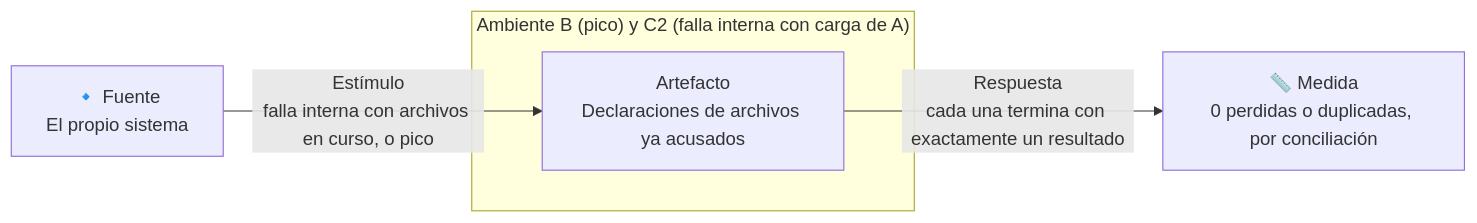
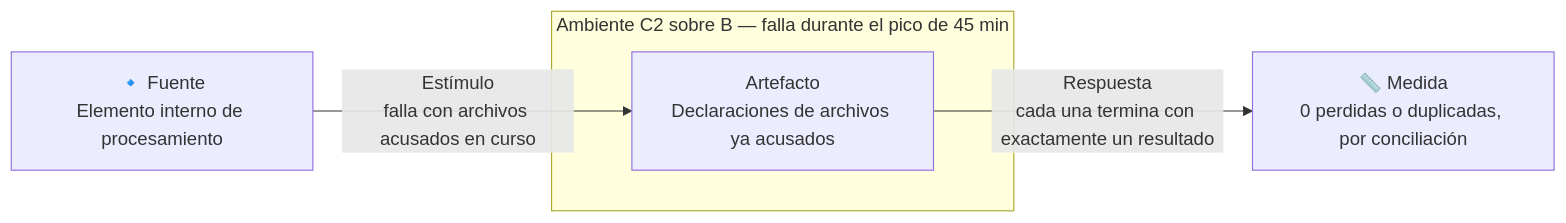
One commit to MATI-MBIT/arqsoft-reto-4 changed the seventh of 17 diagrams in docs/quality-attributes.md. Above: the diagram before and after it, drawn with Mermaid. The commit also changed other lines of this file and 5 other files, not shown here.

````diff
--- a/docs/quality-attributes.md
+++ b/docs/quality-attributes.md
@@ -309,9 +293,9 @@
 ```mermaid
 flowchart LR
-    F["🔹 Fuente<br/>El propio sistema"]
-    F -- "Estímulo<br/>falla interna con archivos en curso, o pico" --> A
-    subgraph AMB["Ambiente B (pico) y C2 (falla interna con carga de A)"]
+    F["🔹 Fuente<br/>Elemento interno de procesamiento"]
+    F -- "Estímulo<br/>falla con archivos acusados en curso" --> A
+    subgraph AMB["Ambiente C2 sobre B — falla durante el pico de 45 min"]
         A["Artefacto<br/>Declaraciones de archivos ya acusados"]
     end
     A -- "Respuesta<br/>cada una termina con exactamente un resultado" --> M["📏 Medida<br/>0 perdidas o duplicadas, por conciliación"]
 ```
````
